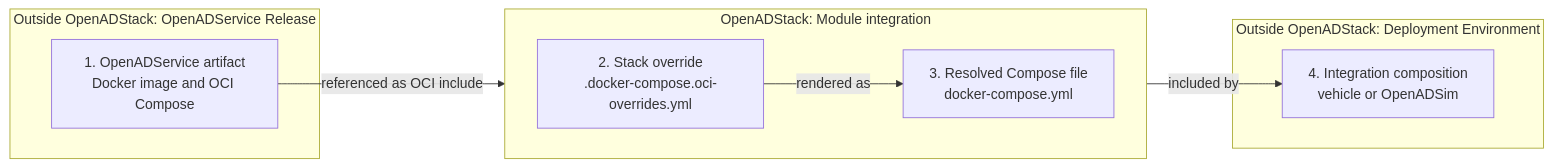
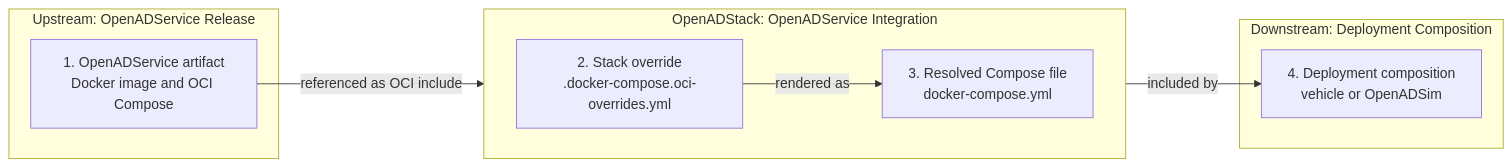
Before and after one commit to openads-project/openadstack: the diagram in docs/technical-architecture.md, drawn with Mermaid. The commit also changed other lines of this file and 4 other files, not shown here.

````diff
--- a/docs/technical-architecture.md
+++ b/docs/technical-architecture.md
@@ -17,20 +17,20 @@
 ```mermaid
 flowchart LR
-    subgraph upstream["Outside OpenADStack: OpenADService Release"]
+    subgraph upstream["Upstream: OpenADService Release"]
         L1["1. OpenADService artifact<br/>Docker image and OCI Compose"]
     end
 
-    subgraph stack["OpenADStack: Module integration"]
+    subgraph stack["OpenADStack: OpenADService Integration"]
         direction LR
         L2["2. Stack override<br/>.docker-compose.oci-overrides.yml"]
         L3["3. Resolved Compose file<br/>docker-compose.yml"]
         L2 -->|rendered as| L3
     end
 
-    subgraph downstream["Outside OpenADStack: Deployment Environment"]
-        L4["4. Integration composition<br/>vehicle or OpenADSim"]
+    subgraph downstream["Downstream: Deployment Composition"]
+        L4["4. Deployment composition<br/>vehicle or OpenADSim"]
     end
 
     L1 -->|referenced as OCI include| L2
     L3 -->|included by| L4
 ```
````
